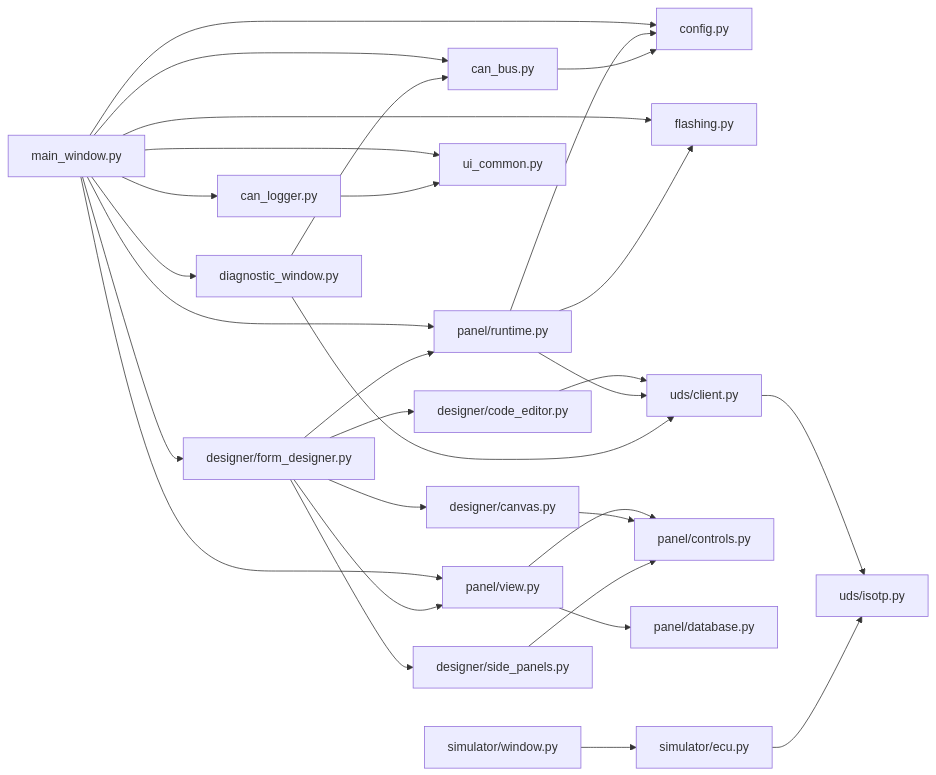
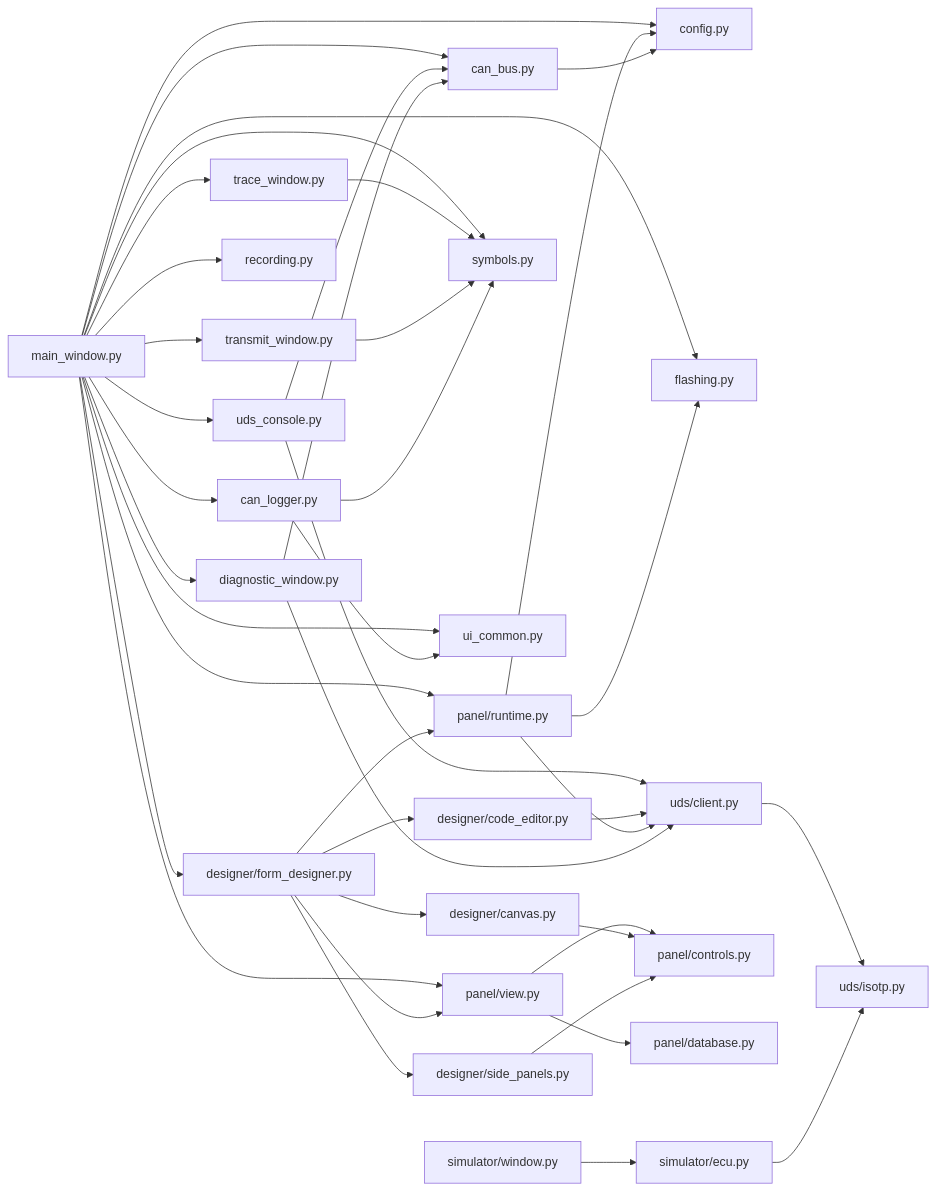
Before and after one commit to HyperFluxQc/CanExpert: the first of 4 diagrams in docs/DOCUMENTATION.md, drawn with Mermaid. The commit also changed other lines of this file and 21 other files, not shown here.

````diff
--- a/docs/DOCUMENTATION.md
+++ b/docs/DOCUMENTATION.md
@@ -21,33 +23,43 @@
 ```mermaid
 flowchart LR
     main["main_window.py"]
     main --> can_bus["can_bus.py"]
     main --> config["config.py"]
     main --> panel_view["panel/view.py"]
     main --> panel_runtime["panel/runtime.py"]
     main --> form_designer["designer/form_designer.py"]
     main --> can_logger["can_logger.py"]
+    main --> trace["trace_window.py"]
+    main --> transmit["transmit_window.py"]
+    main --> console["uds_console.py"]
+    main --> recording["recording.py"]
+    main --> symbols["symbols.py"]
     main --> diagnostic_window["diagnostic_window.py"]
     main --> flashing["flashing.py"]
     main --> ui_common["ui_common.py"]
+    trace --> symbols
+    transmit --> symbols
+    can_logger --> symbols
+    console --> uds_client
+    console --> can_bus
     form_designer --> canvas["designer/canvas.py"]
     form_designer --> side_panels["designer/side_panels.py"]
     form_designer --> code_editor["designer/code_editor.py"]
     form_designer --> panel_runtime
     form_designer --> panel_view
     code_editor --> uds_client["uds/client.py"]
     panel_view --> panel_controls["panel/controls.py"]
     panel_view --> panel_database["panel/database.py"]
     canvas --> panel_controls
     side_panels --> panel_controls
     panel_runtime --> uds_client
     panel_runtime --> config
     panel_runtime --> flashing
     uds_client --> isotp["uds/isotp.py"]
     can_bus --> config
     diagnostic_window --> can_bus
     diagnostic_window --> uds_client
     can_logger --> ui_common
     simulator_ecu["simulator/ecu.py"] --> isotp
     simulator_window["simulator/window.py"] --> simulator_ecu
 ```
````
